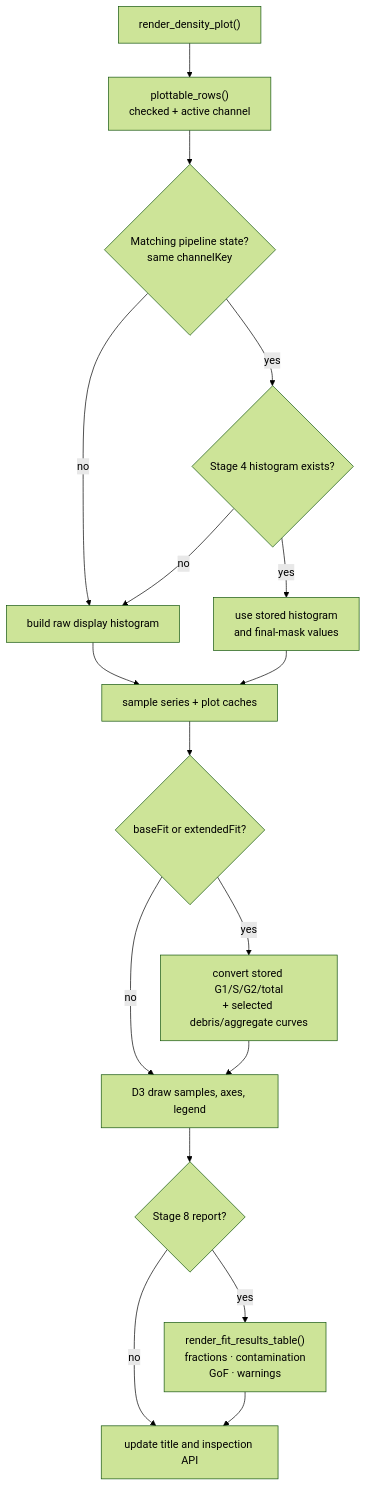
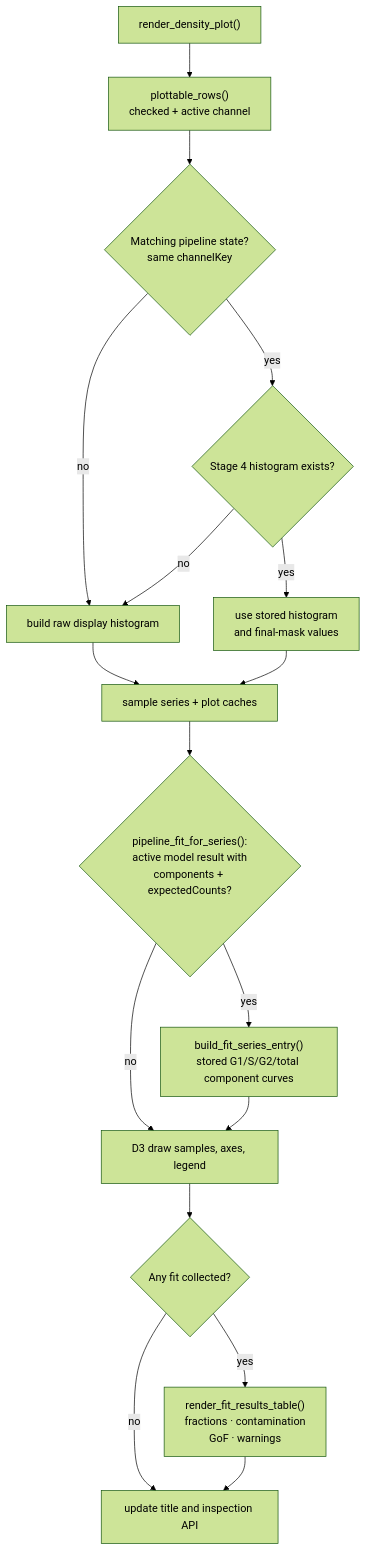
One commit to Latent-Lens/phase_finder changed the eighth of 13 diagrams in docs/code-flow-diagrams.md. Above: the diagram before and after it, drawn with Mermaid (forest theme). The commit also changed other lines of this file and 15 other files, not shown here.

First line of the commit message:
docs(architecture): rewrite the diagrams for the current pipeline

````diff
--- a/docs/code-flow-diagrams.md
+++ b/docs/code-flow-diagrams.md
@@ -304,19 +310,19 @@
 ```mermaid
 flowchart TD
   R0["render_density_plot()"] --> R1["plottable_rows()<br/>checked + active channel"]
   R1 --> R2{"Matching pipeline state?<br/>same channelKey"}
   R2 -- "no" --> RAW["build raw display histogram"]
   R2 -- "yes" --> H{"Stage 4 histogram exists?"}
   H -- "no" --> RAW
   H -- "yes" --> HIST["use stored histogram<br/>and final-mask values"]
   RAW --> SERIES["sample series + plot caches"]
   HIST --> SERIES
-  SERIES --> FIT{"baseFit or extendedFit?"}
-  FIT -- "yes" --> CURVES["convert stored G1/S/G2/total<br/>+ selected debris/aggregate curves"]
+  SERIES --> FIT{"pipeline_fit_for_series():<br/>active model result with<br/>components + expectedCounts?"}
+  FIT -- "yes" --> CURVES["build_fit_series_entry()<br/>stored G1/S/G2/total component curves"]
   FIT -- "no" --> D3["D3 draw samples, axes, legend"]
   CURVES --> D3
-  D3 --> REP{"Stage 8 report?"}
+  D3 --> REP{"Any fit collected?"}
   REP -- "yes" --> TABLE["render_fit_results_table()<br/>fractions · contamination<br/>GoF · warnings"]
   REP -- "no" --> END["update title and inspection API"]
   TABLE --> END
 ```
````
